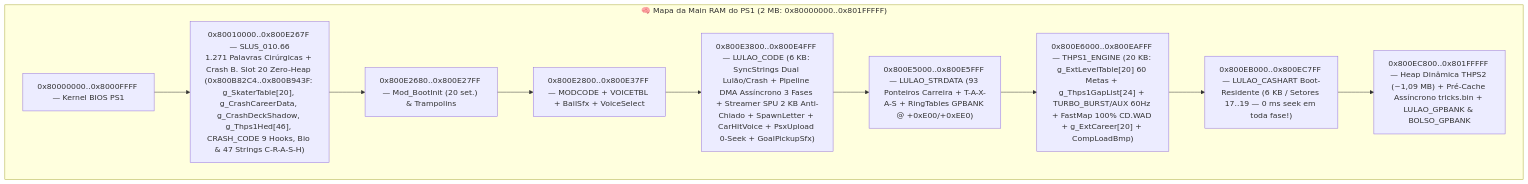
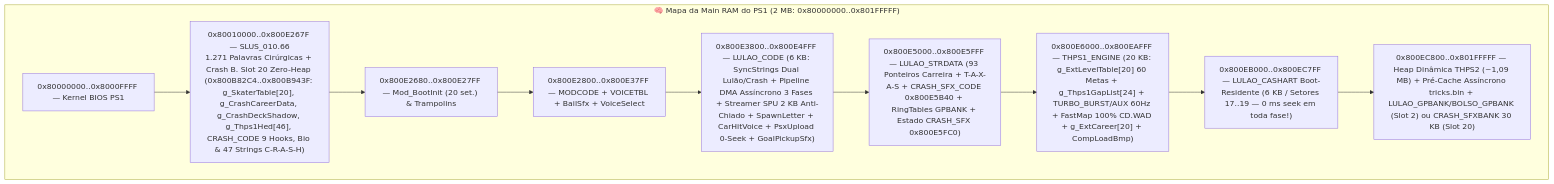
Before and after one commit to WagnerxOliveira/Tony_Hawk-s_Pro_Skater_2_Mod_PSX: the eighth of 8 diagrams in HISTORIA_DO_PROJETO_THPS2_MOD.md, drawn with Mermaid. The commit also changed other lines of this file and 11 other files, not shown here.

Commit message:
feat: remodela Crash B. fiel as referencias, coletaveis Wumpa/Cristal/Diamante e 12 SFX Crash 3 zero-stall

````diff
--- a/HISTORIA_DO_PROJETO_THPS2_MOD.md
+++ b/HISTORIA_DO_PROJETO_THPS2_MOD.md
@@ -758,15 +812,15 @@
 ```mermaid
 flowchart TB
     subgraph RAM["🧠 Mapa da Main RAM do PS1 (2 MB: 0x80000000..0x801FFFFF)"]
         K["0x80000000..0x8000FFFF — Kernel BIOS PS1"]
         E["0x80010000..0x800E267F — SLUS_010.66<br/>1.271 Palavras Cirúrgicas + Crash B. Slot 20 Zero-Heap (0x800B82C4..0x800B943F: g_SkaterTable[20], g_CrashCareerData, g_CrashDeckShadow, g_Thps1Hed[46], CRASH_CODE 9 Hooks, Bio & 47 Strings C-R-A-S-H)"]
         B["0x800E2680..0x800E27FF — Mod_BootInit (20 set.) & Trampolins"]
         M["0x800E2800..0x800E37FF — MODCODE + VOICETBL + BailSfx + VoiceSelect"]
         L["0x800E3800..0x800E4FFF — LULAO_CODE (6 KB: SyncStrings Dual Lulão/Crash + Pipeline DMA Assíncrono 3 Fases + Streamer SPU 2 KB Anti-Chiado + SpawnLetter + CarHitVoice + PsxUpload 0-Seek + GoalPickupSfx)"]
-        S["0x800E5000..0x800E5FFF — LULAO_STRDATA (93 Ponteiros Carreira + T-A-X-A-S + RingTables GPBANK @ +0xE00/+0xEE0)"]
+        S["0x800E5000..0x800E5FFF — LULAO_STRDATA (93 Ponteiros Carreira + T-A-X-A-S + CRASH_SFX_CODE 0x800E5B40 + RingTables GPBANK + Estado CRASH_SFX 0x800E5FC0)"]
         T["0x800E6000..0x800EAFFF — THPS1_ENGINE (20 KB: g_ExtLevelTable[20] 60 Metas + g_Thps1GapList[24] + TURBO_BURST/AUX 60Hz + FastMap 100% CD.WAD + g_ExtCareer[20] + CompLoadBmp)"]
         C["0x800EB000..0x800EC7FF — LULAO_CASHART Boot-Residente (6 KB / Setores 17..19 — 0 ms seek em toda fase!)"]
-        H["0x800EC800..0x801FFFFF — Heap Dinâmica THPS2 (~1,09 MB) + Pré-Cache Assíncrono tricks.bin + LULAO_GPBANK & BOLSO_GPBANK"]
+        H["0x800EC800..0x801FFFFF — Heap Dinâmica THPS2 (~1,09 MB) + Pré-Cache Assíncrono tricks.bin + LULAO_GPBANK/BOLSO_GPBANK (Slot 2) ou CRASH_SFXBANK 30 KB (Slot 20)"]
     end
     K --> E --> B --> M --> L --> S --> T --> C --> H
 ```
````
